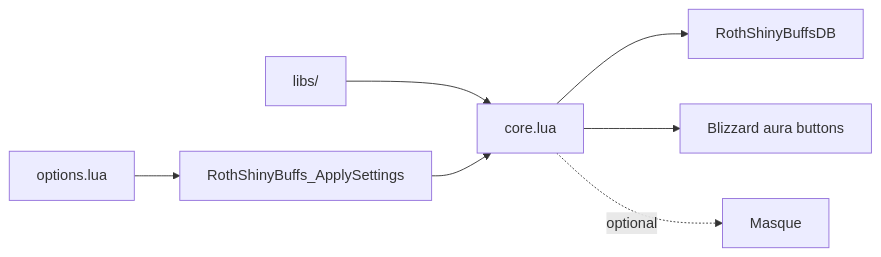
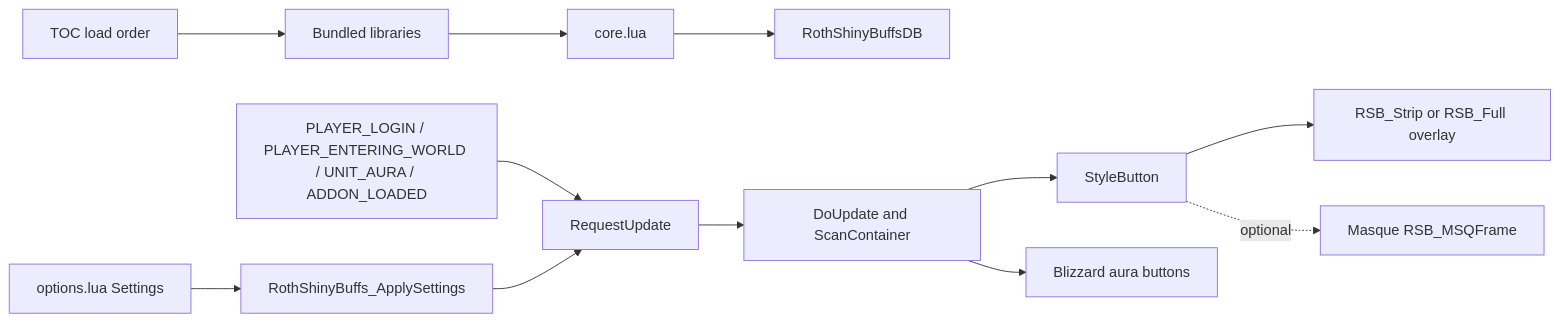
One commit to UnknownAlienHuman/roth-shiny-buffs changed the diagram in CODE_GRAPH.md. Above: the diagram before and after it, drawn with Mermaid. The commit also changed 3 other files, not shown here.

Commit message:
Publish RothShinyBuffs from WoWDevAddons e27683052380

````diff
--- a/CODE_GRAPH.md
+++ b/CODE_GRAPH.md
@@ -3,9 +3,14 @@
 ```mermaid
 flowchart LR
-  Libs[libs/] --> Core[core.lua]
+  TOC[TOC load order] --> Libs[Bundled libraries]
+  Libs --> Core[core.lua]
   Core --> DB[RothShinyBuffsDB]
-  Core --> AuraButtons[Blizzard aura buttons]
-  Options[options.lua] --> Apply[RothShinyBuffs_ApplySettings]
-  Apply --> Core
-  Core -. optional .-> Masque[Masque]
+  Events[PLAYER_LOGIN / PLAYER_ENTERING_WORLD / UNIT_AURA / ADDON_LOADED] --> Request[RequestUpdate]
+  Request --> Scan[DoUpdate and ScanContainer]
+  Scan --> Style[StyleButton]
+  Style --> Local[RSB_Strip or RSB_Full overlay]
+  Style -. optional .-> Masque[Masque RSB_MSQFrame]
+  Options[options.lua Settings] --> Apply[RothShinyBuffs_ApplySettings]
+  Apply --> Request
+  Scan --> Blizzard[Blizzard aura buttons]
 ```
````
